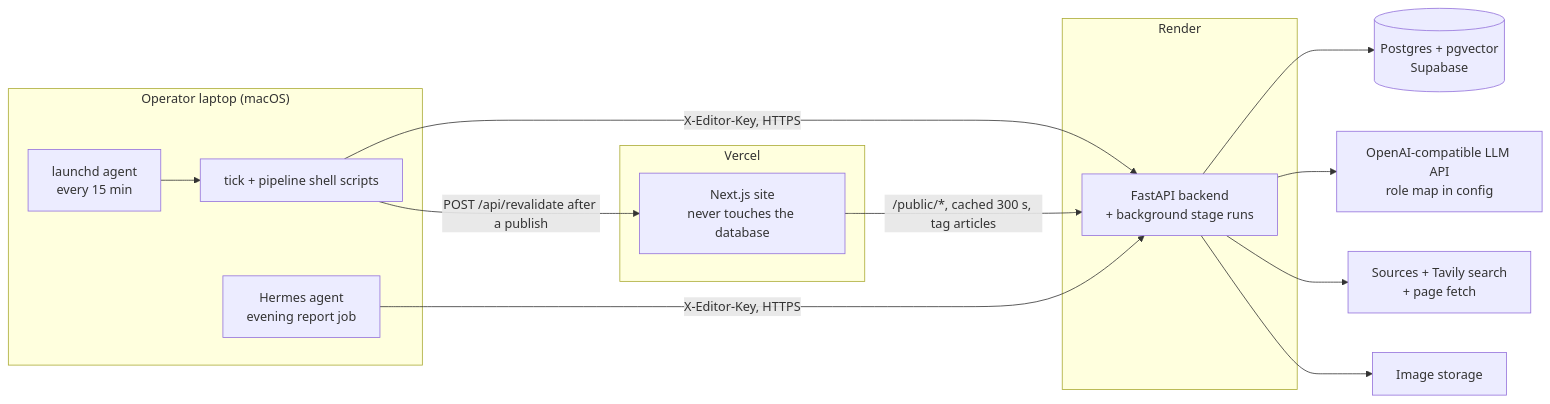
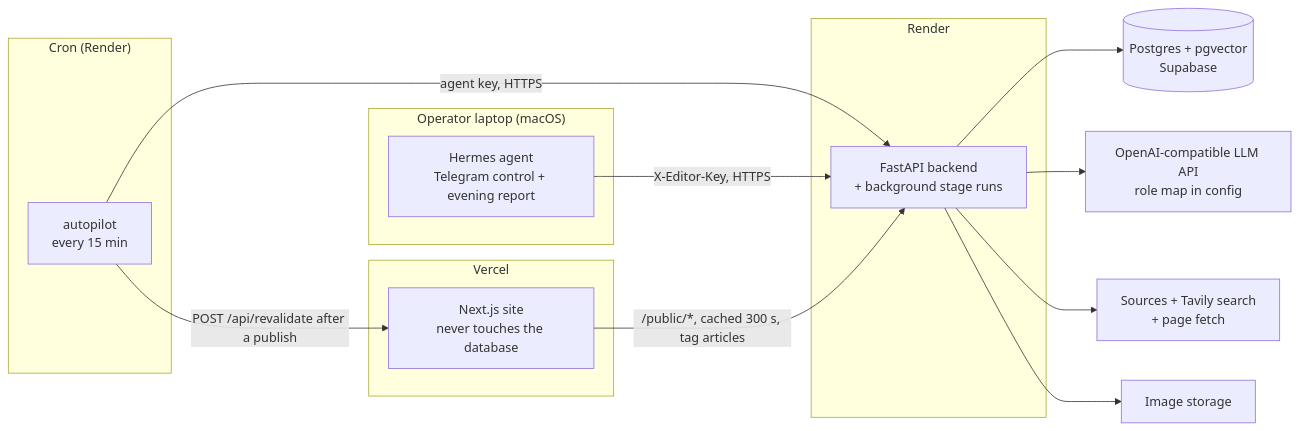
Before and after one commit to suraj-shrivastav/signalforge: the first of 2 diagrams in ARCHITECTURE.md, drawn with Mermaid. The commit also changed other lines of this file and 7 other files, not shown here.

First line of the commit message:
docs: cron autopilot replaces launchd; Hermes keeps Telegram control (#146)

````diff
--- a/ARCHITECTURE.md
+++ b/ARCHITECTURE.md
@@ -7,21 +7,23 @@
 ```mermaid
 flowchart LR
     subgraph Laptop["Operator laptop (macOS)"]
-        L["launchd agent<br/>every 15 min"] --> SH["tick + pipeline shell scripts"]
-        H["Hermes agent<br/>evening report job"]
+        H["Hermes agent<br/>Telegram control + evening report"]
     end
-    SH -->|"X-Editor-Key, HTTPS"| API
+    subgraph Cron["Cron (Render)"]
+        AP["autopilot<br/>every 15 min"]
+    end
+    AP -->|"agent key, HTTPS"| API
     H -->|"X-Editor-Key, HTTPS"| API
     subgraph Render["Render"]
         API["FastAPI backend<br/>+ background stage runs"]
     end
     API --> DB[("Postgres + pgvector<br/>Supabase")]
     API --> LLM["OpenAI-compatible LLM API<br/>role map in config"]
     API --> SRC["Sources + Tavily search<br/>+ page fetch"]
     API --> ST["Image storage"]
     subgraph Vercel["Vercel"]
         WEB["Next.js site<br/>never touches the database"]
     end
     WEB -->|"/public/*, cached 300 s, tag articles"| API
-    SH -->|"POST /api/revalidate after a publish"| WEB
+    AP -->|"POST /api/revalidate after a publish"| WEB
 ```
````
